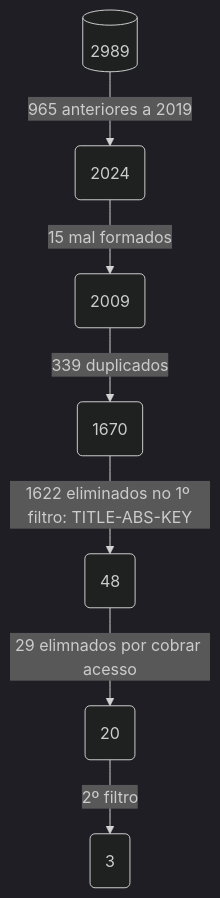
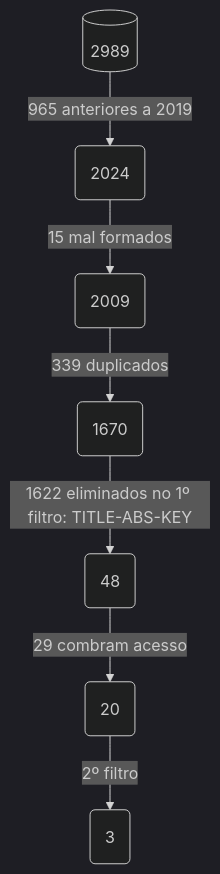
Before and after one commit to emanoelopes/-SBBD_DS4SG_2024_RSL: the diagram in flowchart.mermaid, drawn with Mermaid (dark theme).

```diff
--- a/flowchart.mermaid
+++ b/flowchart.mermaid
@@ -1,7 +1,7 @@
 flowchart TD
     A[(2989)] -->|965 anteriores a 2019| B(2024)
     B --> |15 mal formados| C(2009)
     C --> |339 duplicados| D(1670)
     D --> |1622 eliminados no 1º filtro: TITLE-ABS-KEY | E(48)
-    E --> |29 elimnados por cobrar acesso| F(20)
+    E --> |29 combram acesso| F(20)
     F --> |2º filtro| G(3)
```
